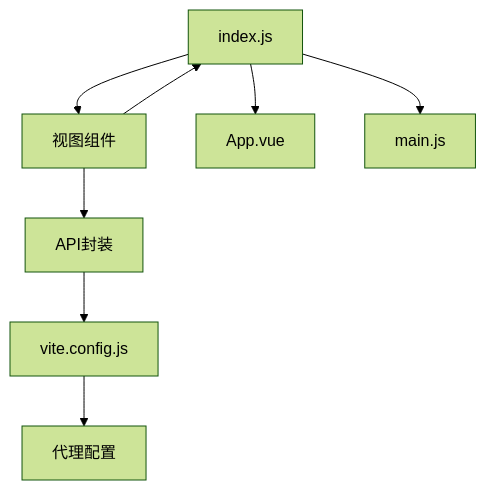
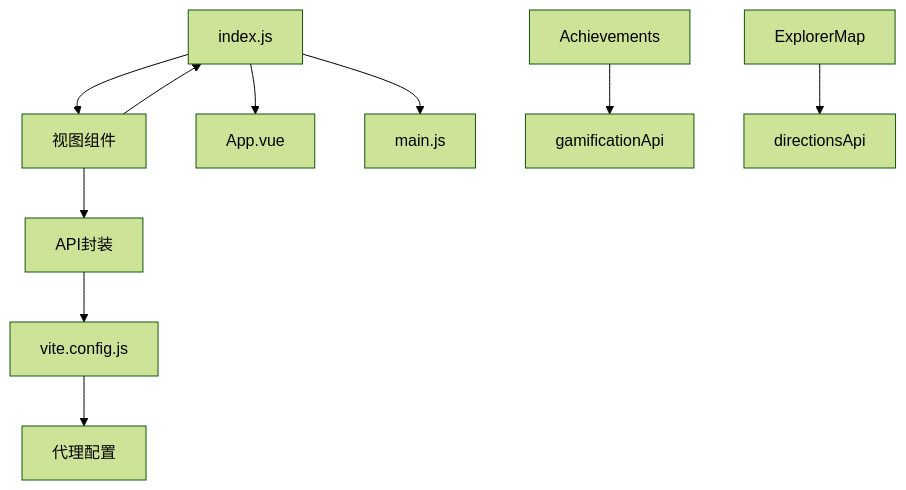
The ninth of 9 diagrams in .qoder/repowiki/zh/content/前端应用架构/路由系统.md (zhiwenli-jack/personal-learning-manager), drawn with Mermaid (forest theme) before and after one commit. The commit also changed other lines of this file and 20 other files, not shown here.

````diff
--- a/.qoder/repowiki/zh/content/前端应用架构/路由系统.md
+++ b/.qoder/repowiki/zh/content/前端应用架构/路由系统.md
@@ -250,10 +330,12 @@
 ```mermaid
 graph TD
 Router[index.js] --> Views[视图组件]
 Router --> App[App.vue]
 Router --> Main[main.js]
 Views --> Api[API封装]
 Views --> Router
 Api --> Config[vite.config.js]
 Config --> Proxy[代理配置]
+Achievements --> GamificationApi[gamificationApi]
+ExplorerMap --> DirectionsApi[directionsApi]
 ```
````
